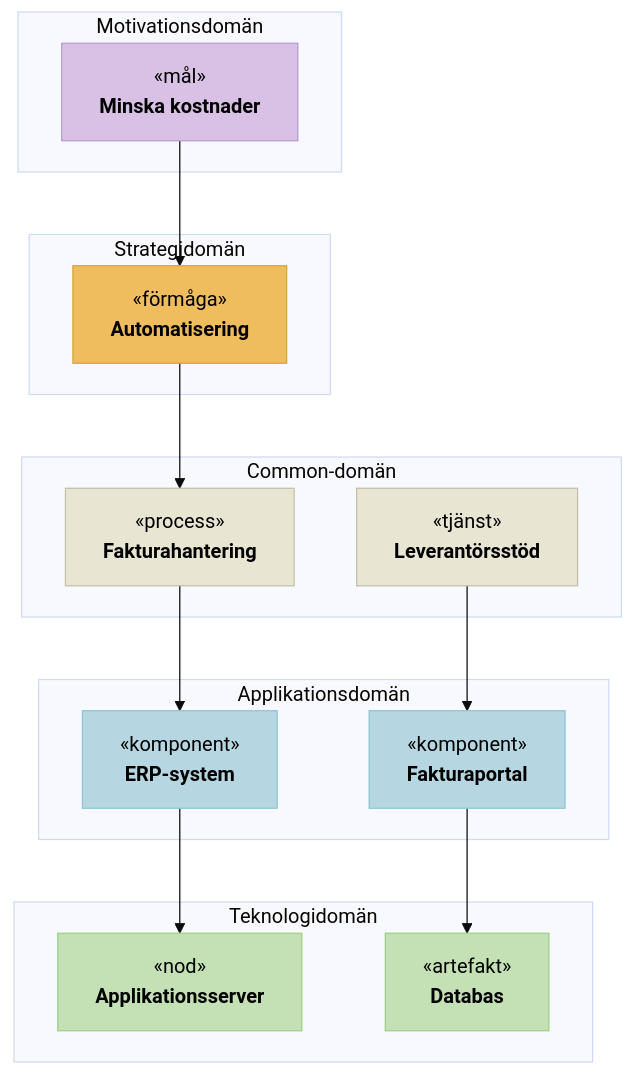
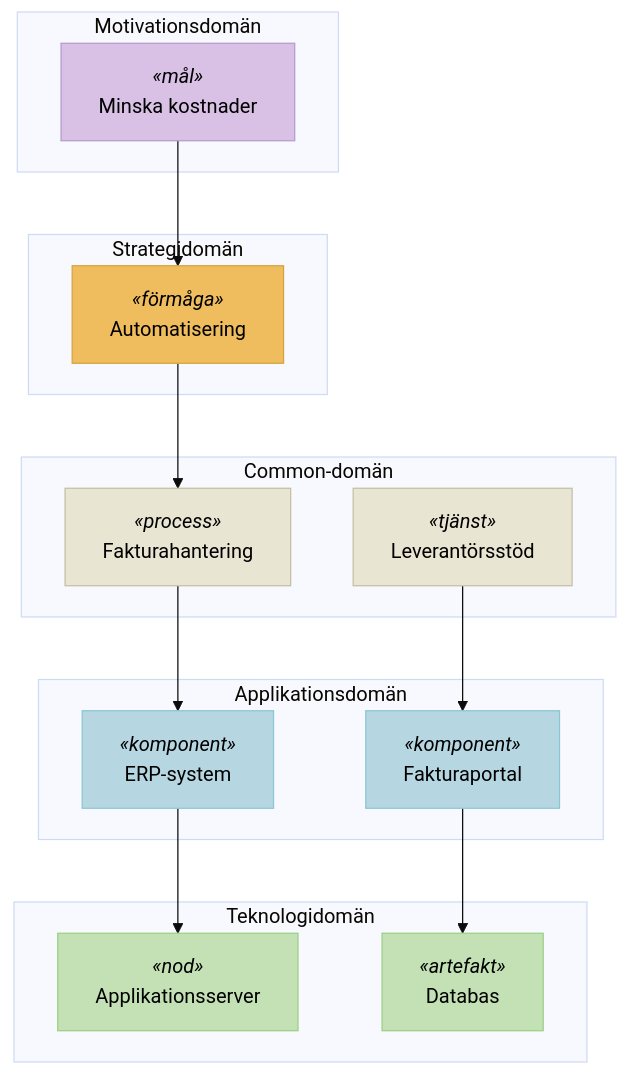
Before and after one commit to yllemo/runewiki: the fourth of 12 diagrams in skills/archimate-4-mermaid/SKILL.md, drawn with Mermaid. The commit also changed other lines of this file and 3 other files, not shown here.

Commit message:
Add chat Mermaid viewer and ArchiMate command; name exports after wiki

````diff
--- a/skills/archimate-4-mermaid/SKILL.md
+++ b/skills/archimate-4-mermaid/SKILL.md
@@ -205,35 +234,35 @@
 ```mermaid
 %%{init: {"theme": "base", "securityLevel": "loose", "flowchart": {"htmlLabels": true}} }%%
 flowchart TB
     subgraph MOT["Motivationsdomän"]
-        M1["«mål»<br/><b>Minska kostnader</b>"]:::motivation
+        M1["<span style='color:#555555;font-size:0.75em;font-style:italic;'>«mål»</span><br/>Minska kostnader"]:::motivation
     end
 
     subgraph STR["Strategidomän"]
-        S1["«förmåga»<br/><b>Automatisering</b>"]:::strategy
+        S1["<span style='color:#555555;font-size:0.75em;font-style:italic;'>«förmåga»</span><br/>Automatisering"]:::strategy
     end
 
     subgraph COM["Common-domän"]
-        Co1["«process»<br/><b>Fakturahantering</b>"]:::common
-        Co2["«tjänst»<br/><b>Leverantörsstöd</b>"]:::common
+        Co1["<span style='color:#555555;font-size:0.75em;font-style:italic;'>«process»</span><br/>Fakturahantering"]:::common
+        Co2["<span style='color:#555555;font-size:0.75em;font-style:italic;'>«tjänst»</span><br/>Leverantörsstöd"]:::common
     end
 
     subgraph APP["Applikationsdomän"]
-        A1["«komponent»<br/><b>ERP-system</b>"]:::application
-        A2["«komponent»<br/><b>Fakturaportal</b>"]:::application
+        A1["<span style='color:#555555;font-size:0.75em;font-style:italic;'>«komponent»</span><br/>ERP-system"]:::application
+        A2["<span style='color:#555555;font-size:0.75em;font-style:italic;'>«komponent»</span><br/>Fakturaportal"]:::application
     end
 
     subgraph TEC["Teknologidomän"]
-        T1["«nod»<br/><b>Applikationsserver</b>"]:::technology
-        T2["«artefakt»<br/><b>Databas</b>"]:::technology
+        T1["<span style='color:#555555;font-size:0.75em;font-style:italic;'>«nod»</span><br/>Applikationsserver"]:::technology
+        T2["<span style='color:#555555;font-size:0.75em;font-style:italic;'>«artefakt»</span><br/>Databas"]:::technology
     end
 
     M1 --> S1 --> Co1 --> A1 --> T1
     Co2 --> A2 --> T2
 
-    classDef motivation  fill:#D8C1E4,stroke:#B39BCF,stroke-width:1px,color:#000;
-    classDef strategy    fill:#EFBD5D,stroke:#D4A43B,stroke-width:1px,color:#000;
-    classDef common      fill:#E8E5D3,stroke:#C4BFA6,stroke-width:1px,color:#000;
-    classDef application fill:#B6D7E1,stroke:#8CC5D4,stroke-width:1px,color:#000;
-    classDef technology  fill:#C3E1B4,stroke:#9BD083,stroke-width:1px,color:#000;
+    classDef motivation     fill:#D8C1E4,stroke:#B39BCF,stroke-width:1px,color:#000000;
+    classDef strategy       fill:#EFBD5D,stroke:#D4A43B,stroke-width:1px,color:#000000;
+    classDef common         fill:#E8E5D3,stroke:#C4BFA6,stroke-width:1px,color:#000000;
+    classDef application    fill:#B6D7E1,stroke:#8CC5D4,stroke-width:1px,color:#000000;
+    classDef technology     fill:#C3E1B4,stroke:#9BD083,stroke-width:1px,color:#000000;
 ```
````
